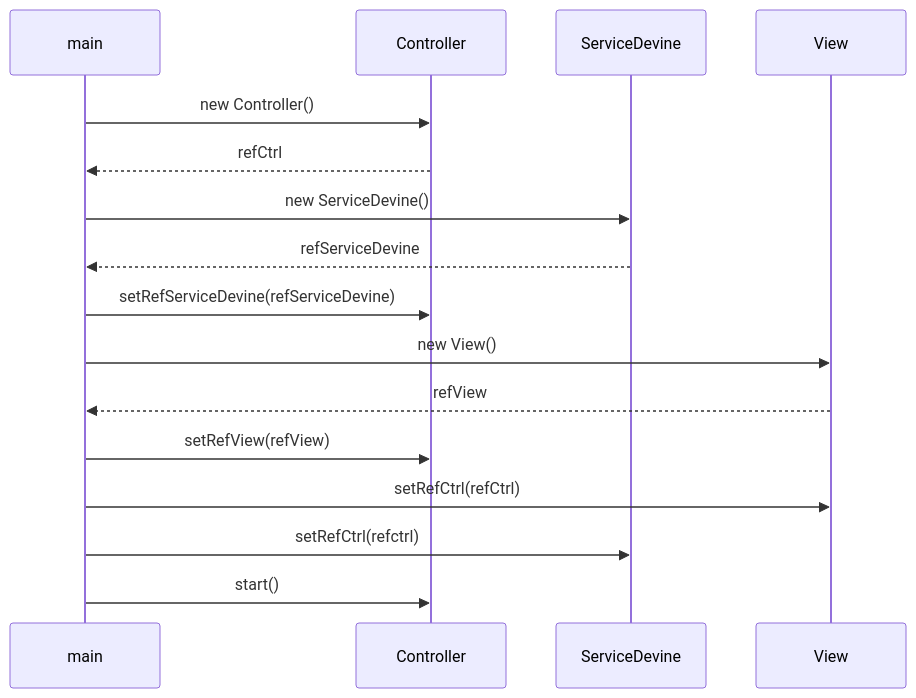
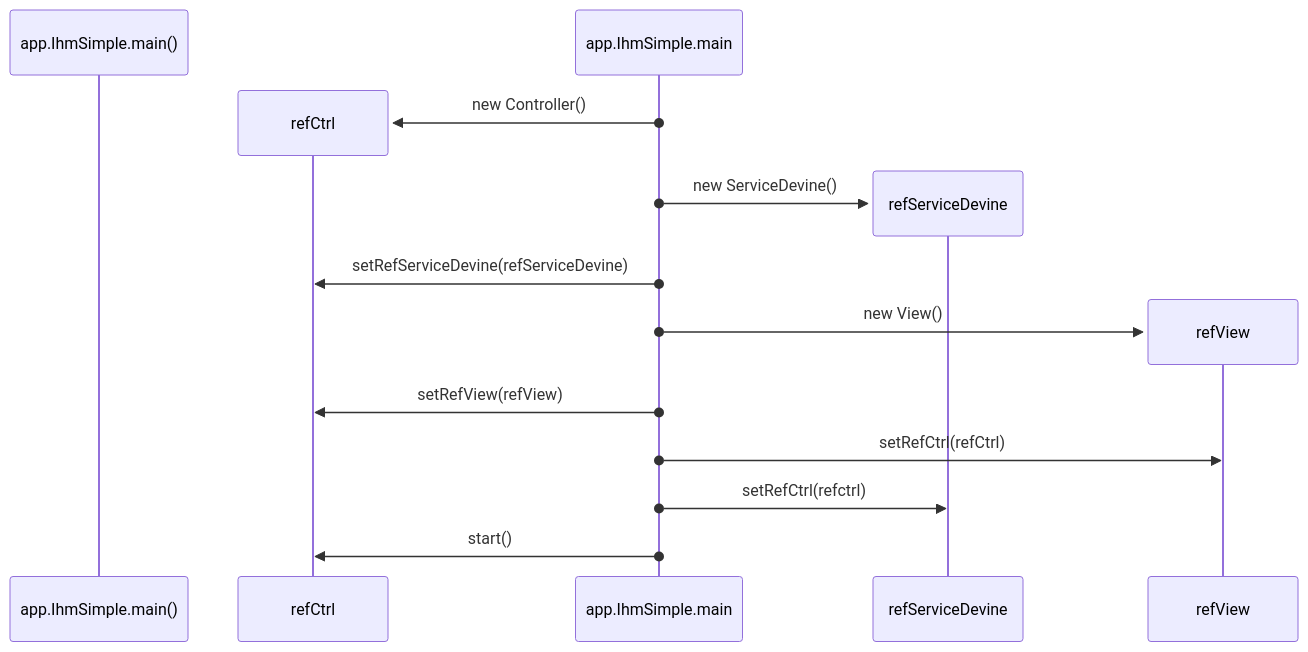
One commit to emf-info-d400/Ex04-DevineMonNombre-Solution changed the third of 6 diagrams in README.md. Above: the diagram before and after it, drawn with Mermaid. The commit also changed other lines of this file, not shown here.

Commit message:
Correction coquilles

````diff
--- a/README.md
+++ b/README.md
@@ -112,15 +112,15 @@
 ```mermaid
 sequenceDiagram
-    participant main
-    main->>Controller: new Controller()
-    Controller-->>main: refCtrl
-    main->>ServiceDevine: new ServiceDevine()
-    ServiceDevine-->>main: refServiceDevine
-    main->>Controller: setRefServiceDevine(refServiceDevine)
-    main->>View: new View()
-    View-->>main: refView
-    main->>Controller: setRefView(refView)
-    main->>View: setRefCtrl(refCtrl)
-    main->>ServiceDevine: setRefCtrl(refctrl)
-    main->>Controller: start()
+    participant app.IhmSimple.main()
+    create participant refCtrl
+    app.IhmSimple.main()->>refCtrl: new Controller()
+    create participant refServiceDevine
+    app.IhmSimple.main()->>refServiceDevine: new ServiceDevine()
+    app.IhmSimple.main()->>refCtrl: setRefServiceDevine(refServiceDevine)
+    create participant refView
+    app.IhmSimple.main()->>refView: new View()
+    app.IhmSimple.main()->>refCtrl: setRefView(refView)
+    app.IhmSimple.main()->>refView: setRefCtrl(refCtrl)
+    app.IhmSimple.main()->>refServiceDevine: setRefCtrl(refctrl)
+    app.IhmSimple.main()->>refCtrl: start()
 ```
````
